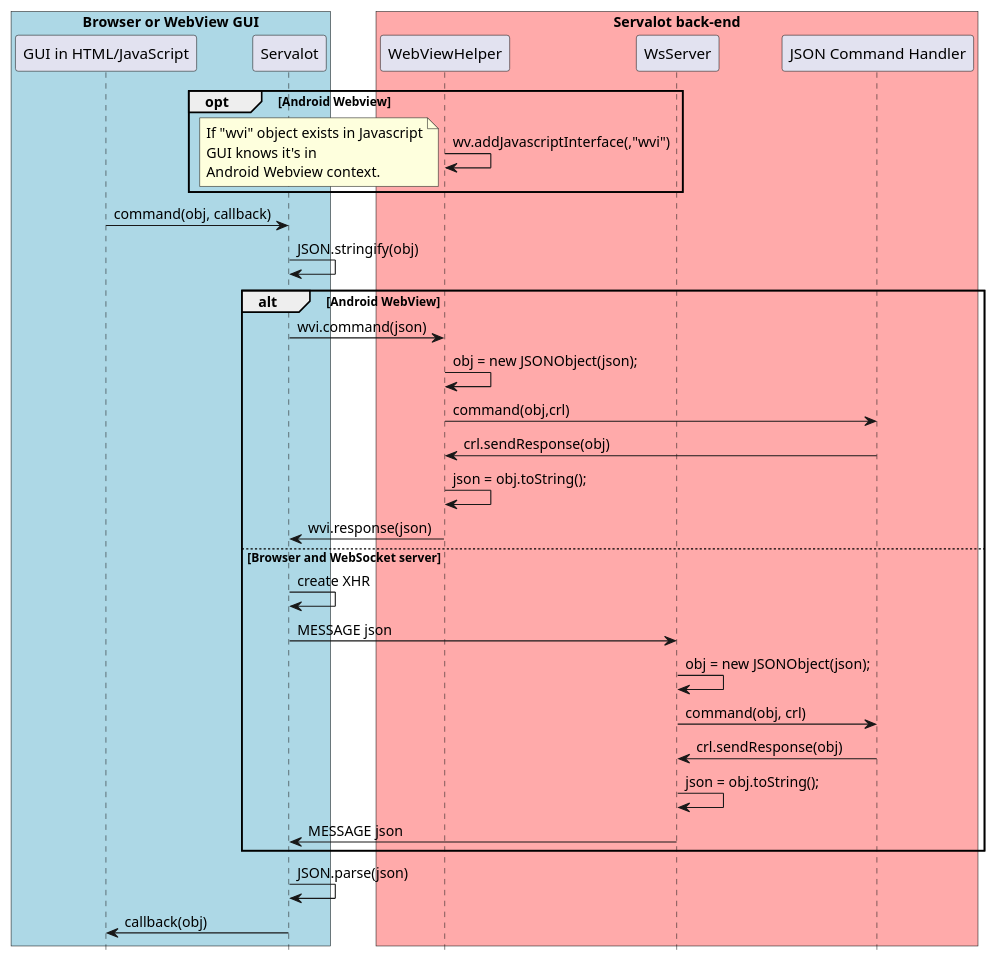
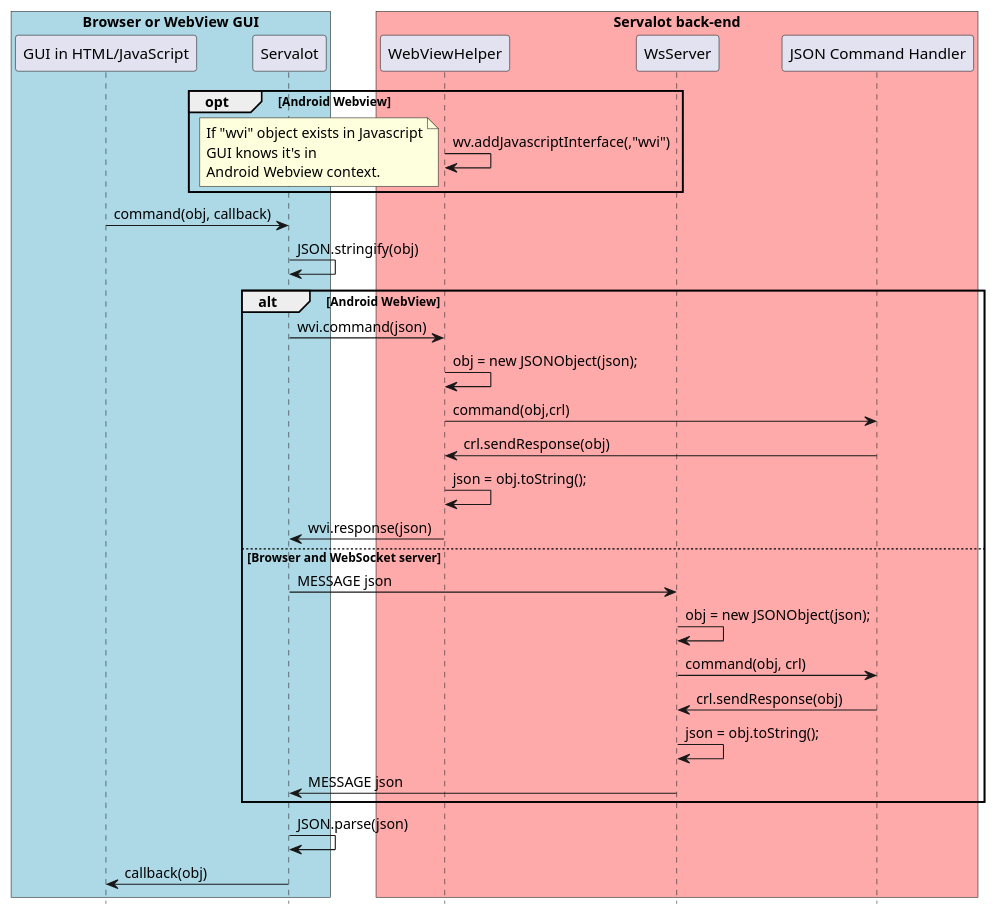
One commit to andrew-rogers/Servalot changed the diagram in doc/html_gui_cmd_sd.puml. Above: the diagram before and after it, drawn with PlantUML. The commit also changed 3 other files, not shown here.

```diff
--- a/doc/html_gui_cmd_sd.puml
+++ b/doc/html_gui_cmd_sd.puml
@@ -1,42 +1,41 @@
 @startuml
 hide footbox
 
 box "Browser or WebView GUI" #LightBlue
   participant "GUI in HTML/JavaScript" as gui
   participant Servalot
 end box
 
 box "Servalot back-end" #FAA
   participant WebViewHelper
   participant WsServer
   participant "JSON Command Handler" as handler
 end box
 
 opt Android Webview
   WebViewHelper -> WebViewHelper: wv.addJavascriptInterface(,"wvi")
   note left: If "wvi" object exists in Javascript\nGUI knows it's in\nAndroid Webview context.
 end
 
 gui -> Servalot: command(obj, callback)
 Servalot -> Servalot: JSON.stringify(obj)
 
 alt Android WebView
   Servalot -> WebViewHelper: wvi.command(json)
   WebViewHelper -> WebViewHelper: obj = new JSONObject(json);
   WebViewHelper -> handler: command(obj,crl)
   handler -> WebViewHelper: crl.sendResponse(obj)
   WebViewHelper -> WebViewHelper: json = obj.toString();
   WebViewHelper -> Servalot: wvi.response(json)
 else Browser and WebSocket server
-  Servalot -> Servalot: create XHR
   Servalot -> WsServer : MESSAGE json
   WsServer -> WsServer: obj = new JSONObject(json);
   WsServer -> handler: command(obj, crl)
   handler -> WsServer: crl.sendResponse(obj)
   WsServer -> WsServer: json = obj.toString();
   WsServer -> Servalot: MESSAGE json
 end
 
 Servalot -> Servalot: JSON.parse(json)
 Servalot -> gui: callback(obj)
 @enduml
```
